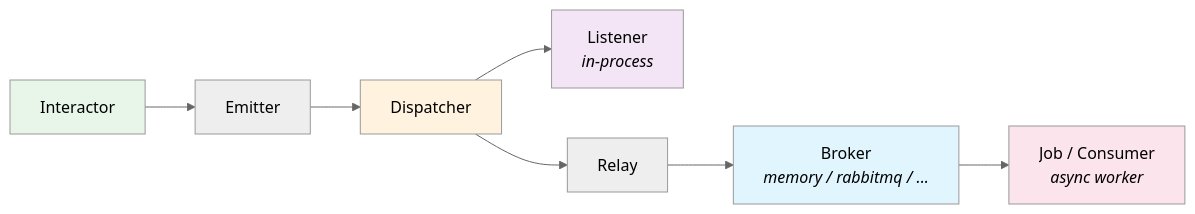
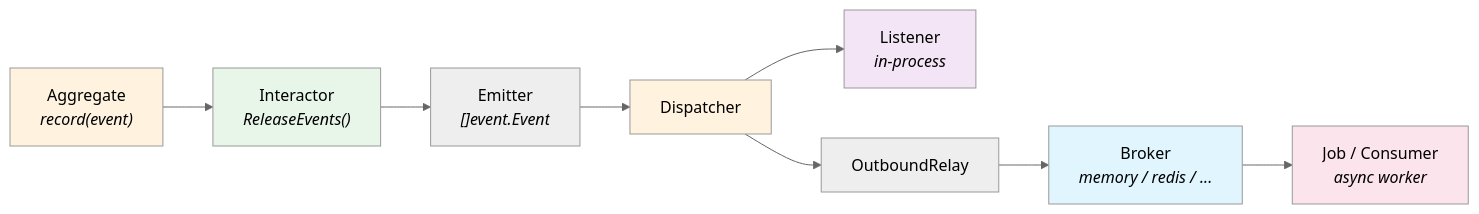
The third of 10 diagrams in README.md (shuldan/skeleton), drawn with Mermaid (neutral theme) before and after one commit. The commit also changed other lines of this file and 43 other files, not shown here.

````diff
--- a/README.md
+++ b/README.md
@@ -171,16 +176,18 @@
 ```mermaid
 graph LR
-    INT["Interactor"] --> EM["Emitter"]
+    AGG["Aggregate<br/><i>record(event)</i>"] --> INT["Interactor<br/><i>ReleaseEvents()</i>"]
+    INT --> EM["Emitter<br/><i>[]event.Event</i>"]
     EM --> DISP["Dispatcher"]
     
     DISP --> L1["Listener<br/><i>in-process</i>"]
-    DISP --> RELAY["Relay"]
-    RELAY --> BROKER["Broker<br/><i>memory / rabbitmq / ...</i>"]
+    DISP --> RELAY["OutboundRelay"]
+    RELAY --> BROKER["Broker<br/><i>memory / redis / ...</i>"]
     BROKER --> JOB["Job / Consumer<br/><i>async worker</i>"]
 
+    style AGG fill:#fff3e0
     style INT fill:#e8f5e9
     style DISP fill:#fff3e0
     style L1 fill:#f3e5f5
     style BROKER fill:#e1f5fe
     style JOB fill:#fce4ec
 ```
````
